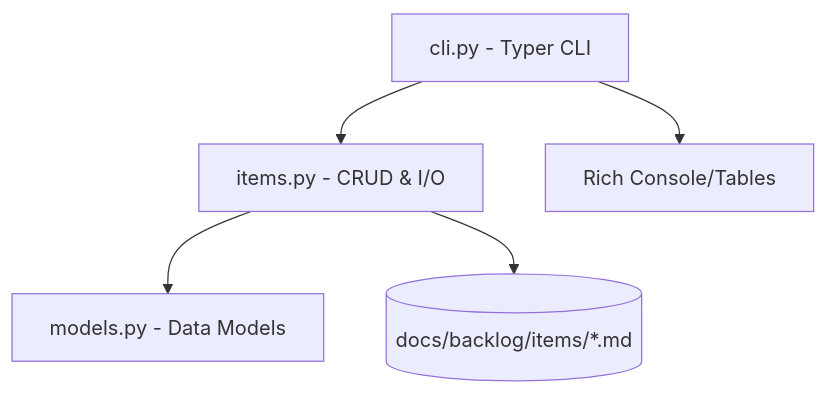
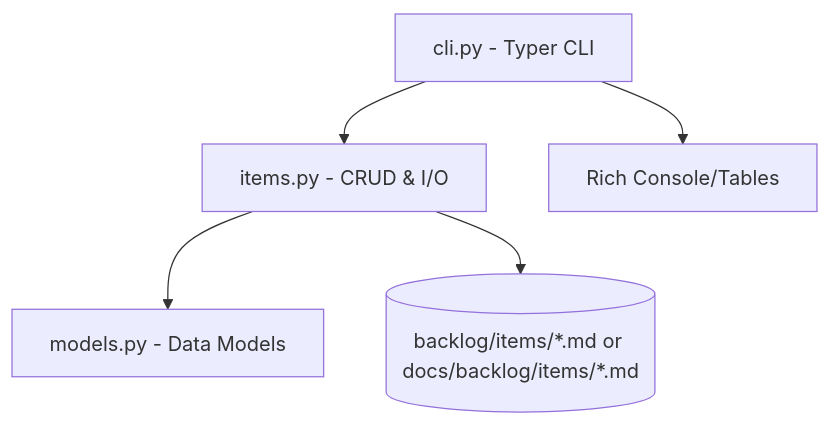
The diagram in docs/ARCHITECTURE.md (Sappanwood/backlog_cli), drawn with Mermaid before and after one commit. The commit also changed other lines of this file and 18 other files, not shown here.

````diff
--- a/docs/ARCHITECTURE.md
+++ b/docs/ARCHITECTURE.md
@@ -7,7 +7,7 @@
 ```mermaid
 flowchart TD
     CLI[cli.py - Typer CLI] --> Items[items.py - CRUD & I/O]
     Items --> Models[models.py - Data Models]
-    Items --> FS[(docs/backlog/items/*.md)]
+    Items --> FS[(backlog/items/*.md or docs/backlog/items/*.md)]
     CLI --> Rich[Rich Console/Tables]
 ```
````
